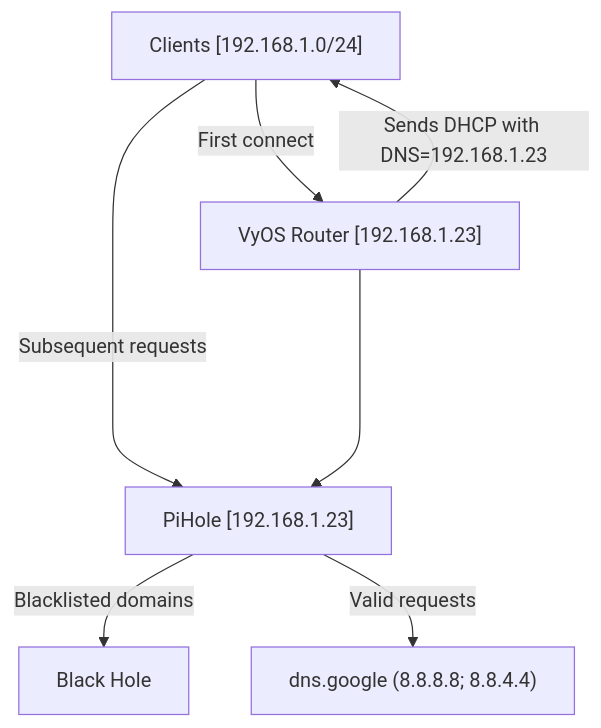
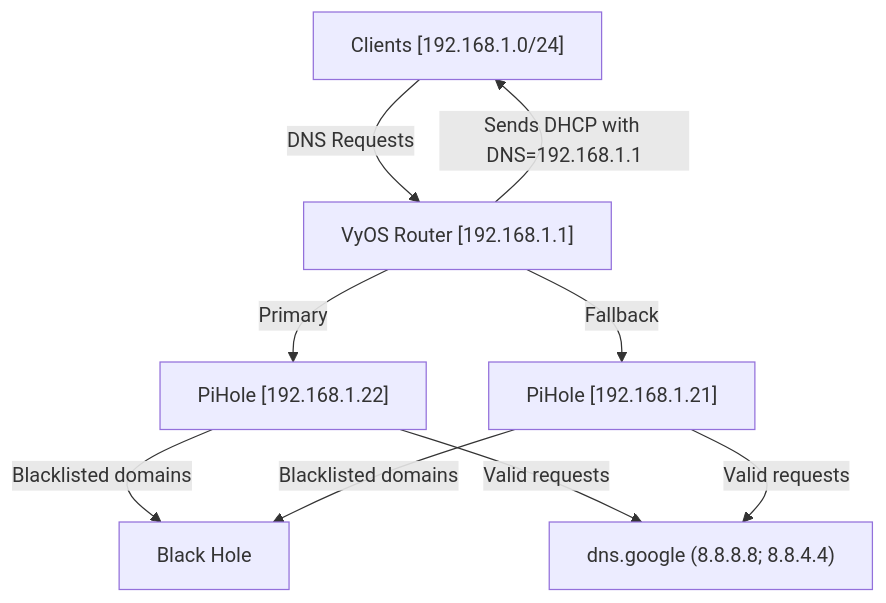
The diagram in homelab/docs/DNS Resolution.md (Jafner/Jafner.net), drawn with Mermaid before and after one commit. The commit also changed other lines of this file, not shown here.

Commit message:
Update DNS resolution docs

````diff
--- a/homelab/docs/DNS Resolution.md
+++ b/homelab/docs/DNS Resolution.md
@@ -1,15 +1,18 @@
 ```mermaid
 graph TB;
 Upstream["dns.google (8.8.8.8; 8.8.4.4)"]
 Clients["Clients [192.168.1.0/24]"]
-Router["VyOS Router [192.168.1.23]"]
-PiHole["PiHole [192.168.1.23]"]
+Router["VyOS Router [192.168.1.1]"]
+PiHole["PiHole [192.168.1.22]"]
+PiHole2["PiHole [192.168.1.21]"]
 BlackHole["Black Hole"]
 
-Router --"Sends DHCP with DNS=192.168.1.23"--> Clients
-Clients --"First connect"--> Router
-Clients --"Subsequent requests"--> PiHole
-Router ----> PiHole
+Router --"Sends DHCP with DNS=192.168.1.1"--> Clients
+Clients --"DNS Requests"--> Router
+Router --"Primary"--> PiHole
+Router --"Fallback"--> PiHole2
 PiHole --"Blacklisted domains"--> BlackHole
+PiHole2 --"Blacklisted domains"--> BlackHole
 PiHole --"Valid requests"--> Upstream
+PiHole2 --"Valid requests"--> Upstream
 ```
````
